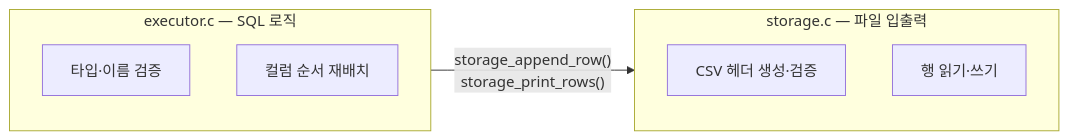
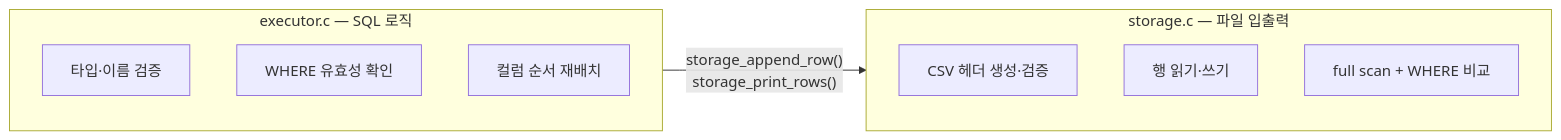
The seventh of 11 diagrams in GUIDE.md (Jungle-12-303/week6-team5-sql), drawn with Mermaid before and after one commit. The commit also changed other lines of this file and 4 other files, not shown here.

````diff
--- a/GUIDE.md
+++ b/GUIDE.md
@@ -393,12 +440,14 @@
 ```mermaid
 flowchart LR
     subgraph executor["executor.c — SQL 로직"]
         E1["타입·이름 검증"]
-        E2["컬럼 순서 재배치"]
+        E2["WHERE 유효성 확인"]
+        E3["컬럼 순서 재배치"]
     end
     subgraph storage["storage.c — 파일 입출력"]
         S1["CSV 헤더 생성·검증"]
         S2["행 읽기·쓰기"]
+        S3["full scan + WHERE 비교"]
     end
     executor -->|"storage_append_row()\nstorage_print_rows()"| storage
 ```
````
